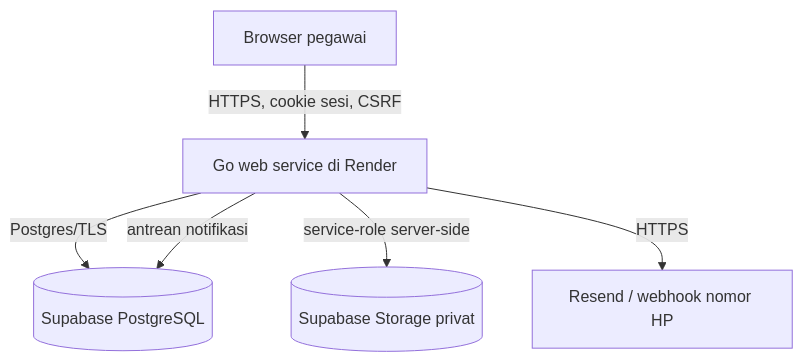
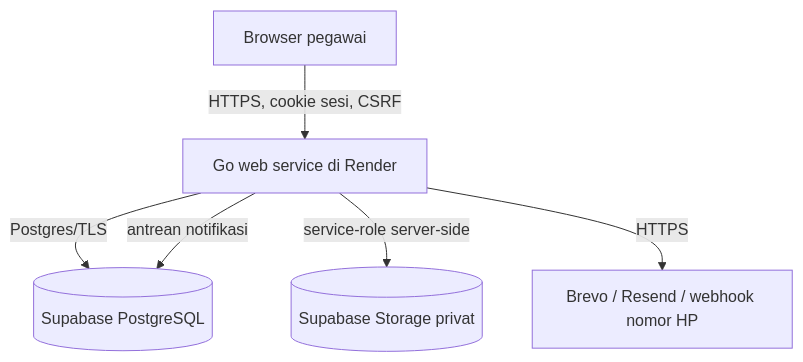
The first of 3 diagrams in docs/ARCHITECTURE.md (xiaoliehen-design/PANTAS-notifikasi-potongan-gaji), drawn with Mermaid before and after one commit. The commit also changed 11 other files, not shown here.

````diff
--- a/docs/ARCHITECTURE.md
+++ b/docs/ARCHITECTURE.md
@@ -5,8 +5,8 @@
 ```mermaid
 flowchart TD
     B[Browser pegawai] -->|HTTPS, cookie sesi, CSRF| G[Go web service di Render]
     G -->|Postgres/TLS| D[(Supabase PostgreSQL)]
     G -->|service-role server-side| S[(Supabase Storage privat)]
     G -->|antrean notifikasi| D
-    G -->|HTTPS| E[Resend / webhook nomor HP]
+    G -->|HTTPS| E[Brevo / Resend / webhook nomor HP]
 ```
````
